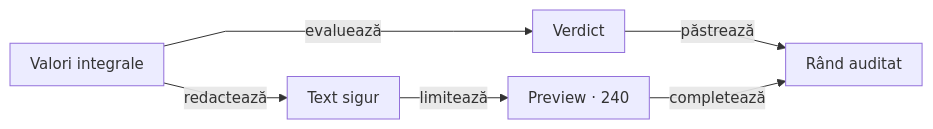
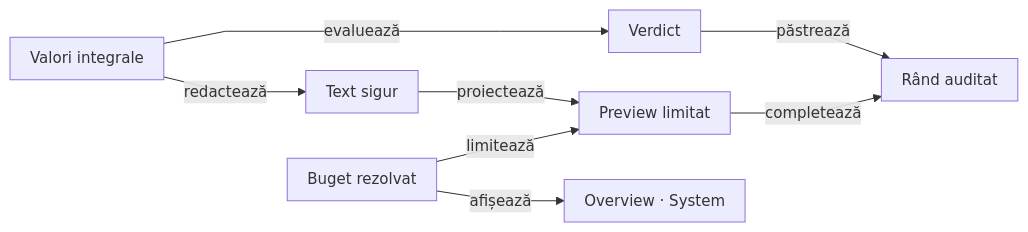
Diagram 13 of 17 in atf-reporting/README.md (crististefanita/atf_j0), drawn with Mermaid before and after one commit. The commit also changed other lines of this file and 46 other files, not shown here.

````diff
--- a/atf-reporting/README.md
+++ b/atf-reporting/README.md
@@ -1588,9 +1650,11 @@
 ```mermaid
 %%{init: {"themeVariables":{"fontSize":"15px"},"themeCSS":".nodeLabel, .nodeLabel p { font-size: 15px !important; line-height: 1.35 !important; } .edgeLabel, .edgeLabel p { font-size: 12px !important; font-weight: 400 !important; line-height: 1.2 !important; } .edgeLabel .labelBkg, .edgeLabel p { background: transparent !important; } .edgeLabel foreignObject { transform: translateY(-18px); overflow: visible; } .node rect { rx: 6px; ry: 6px; }","flowchart":{"curve":"linear","nodeSpacing":24,"rankSpacing":40,"padding":10,"diagramPadding":16}}}%%
 flowchart LR
     Raw[Valori integrale] -->|evaluează| Verdict[Verdict]
     Raw -->|redactează| Safe[Text sigur]
-    Safe -->|limitează| Preview[Preview · 240]
+    Safe -->|proiectează| Preview[Preview limitat]
+    Budget[Buget rezolvat] -->|limitează| Preview
+    Budget -->|afișează| System[Overview · System]
     Verdict -->|păstrează| Row[Rând auditat]
     Preview -->|completează| Row
 ```
````
